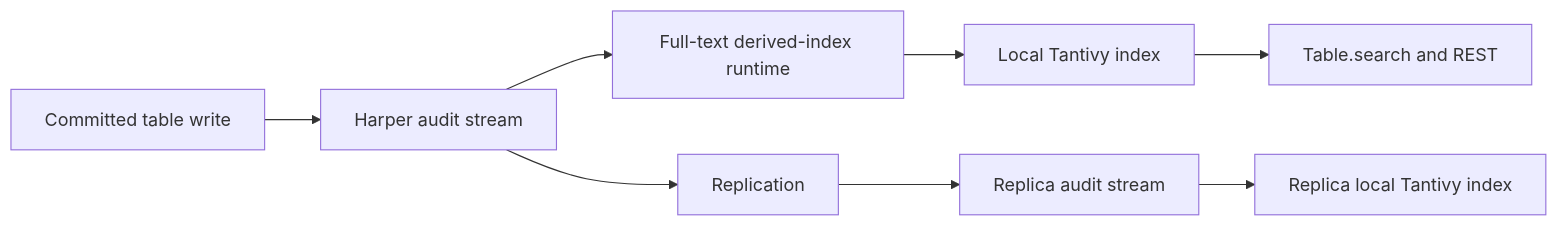
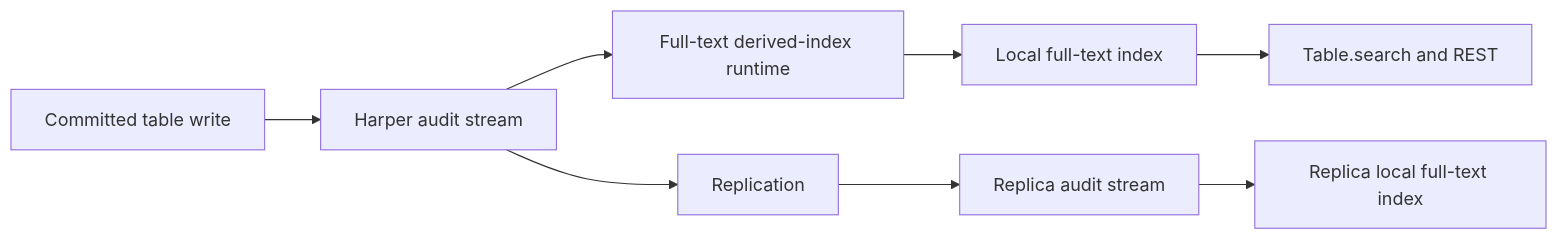
Before and after one commit to HarperFast/harper: the diagram in docs/reference/full-text-search/overview.md, drawn with Mermaid. The commit also changed other lines of this file and 8 other files, not shown here.

````diff
--- a/docs/reference/full-text-search/overview.md
+++ b/docs/reference/full-text-search/overview.md
@@ -25,10 +25,10 @@
 ```mermaid
 flowchart LR
 	W[Committed table write] --> A[Harper audit stream]
 	A --> F[Full-text derived-index runtime]
-	F --> T[Local Tantivy index]
+	F --> T[Local full-text index]
 	T --> Q[Table.search and REST]
 	A --> R[Replication]
 	R --> D[Replica audit stream]
-	D --> U[Replica local Tantivy index]
+	D --> U[Replica local full-text index]
 ```
````
